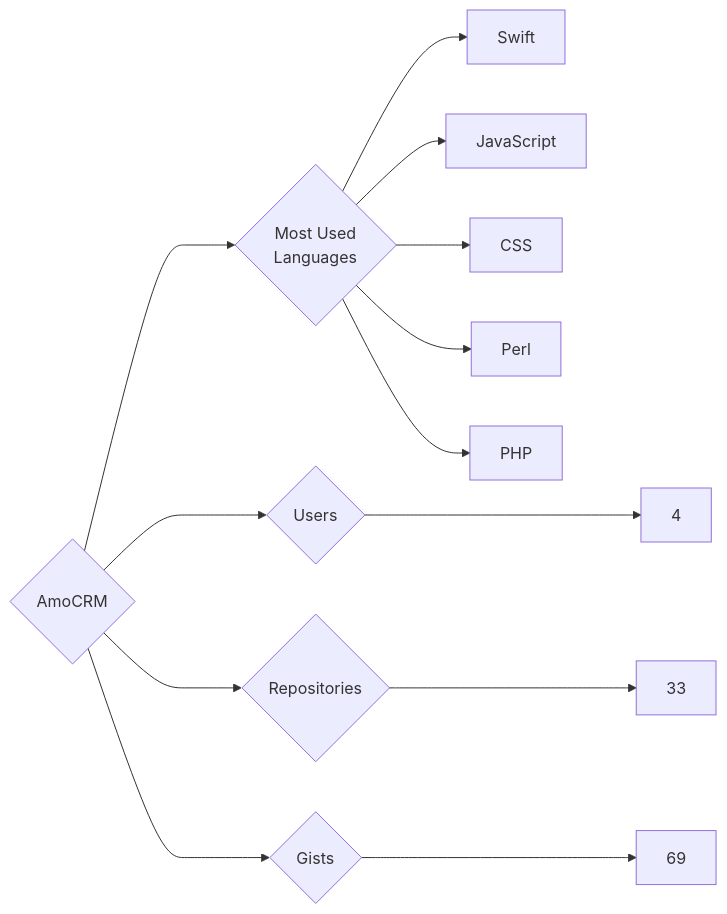
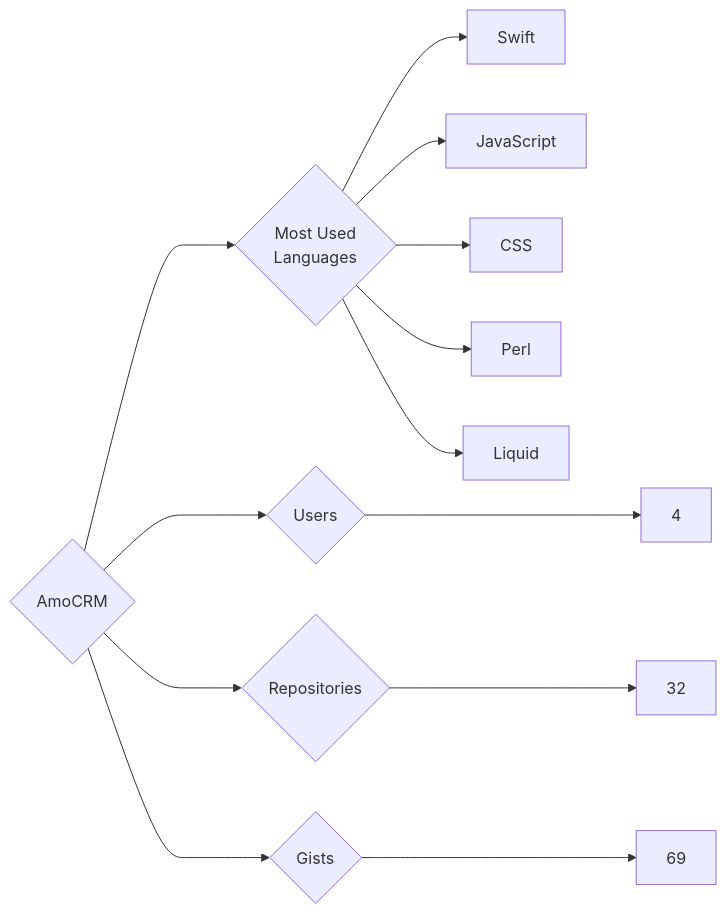
One commit to trickest/insiders changed the diagram in targets/AmoCRM/README.md. Above: the diagram before and after it, drawn with Mermaid. The commit also changed 718 other files, not shown here.

````diff
--- a/targets/AmoCRM/README.md
+++ b/targets/AmoCRM/README.md
@@ -3,13 +3,13 @@
 ```mermaid
 graph LR
 COMPANY_NAME{AmoCRM}
 COMPANY_NAME ---> U{Users} ---> UN[4]
-COMPANY_NAME ---> R{Repositories} ---> RN[33]
+COMPANY_NAME ---> R{Repositories} ---> RN[32]
 COMPANY_NAME ---> G{Gists} ---> GN[69]
 COMPANY_NAME ---> ML{Most Used<br>Languages}
 ML --> Swift[Swift]
 ML --> JavaScript[JavaScript]
 ML --> CSS[CSS]
 ML --> Perl[Perl]
-ML --> PHP[PHP]
+ML --> Liquid[Liquid]
 ```
````
